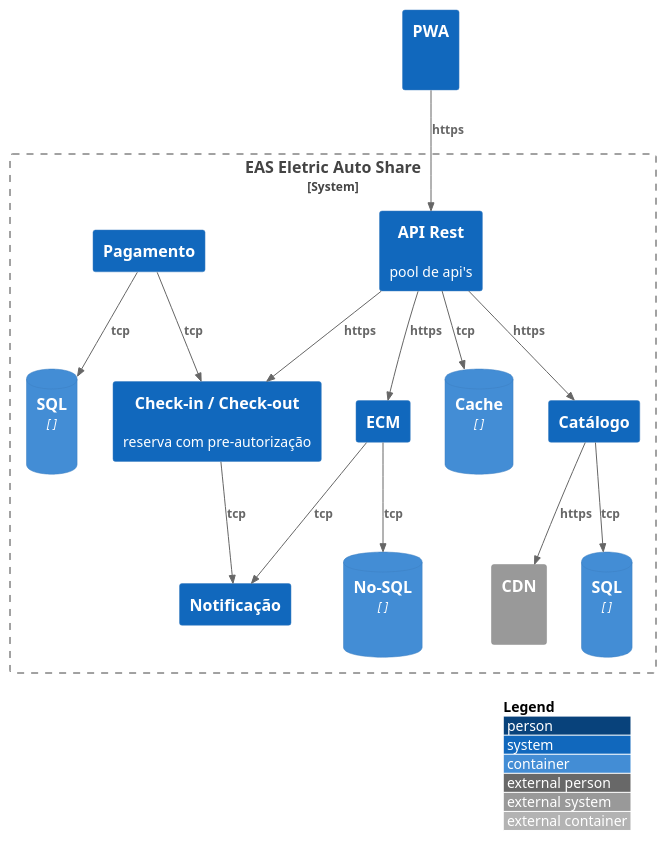
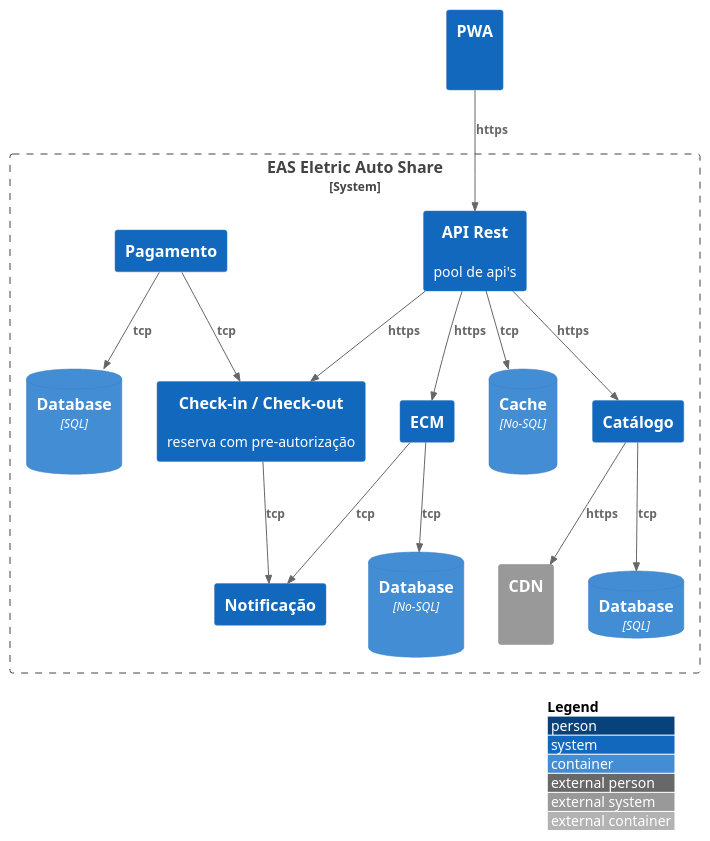
One commit to felipementel/c4-model-builder changed the diagram in src/C2 Container/deployment.puml. Above: the diagram before and after it, drawn with PlantUML. The commit also changed 13 other files, not shown here.

```diff
--- a/src/C2 Container/deployment.puml
+++ b/src/C2 Container/deployment.puml
@@ -1,36 +1,35 @@
 @startuml
 !include https://raw.githubusercontent.com/adrianvlupu/C4-PlantUML/latest/C4_Deployment.puml
 
 LAYOUT_WITH_LEGEND()
 
 System(pwa, "PWA", " ")
-'System(site, "Site", " ")
 
 System_Boundary(eeas, "EAS Eletric Auto Share") {
     System(api, "API Rest", "pool de api's")
-    ContainerDb(apiCache, "Cache", " ", " ")
+    ContainerDb(apiCache, "Cache", "No-SQL", " ")
     System(catalogoApi, "Catálogo", "")
     System(notificacaoApi, "Notificação", "")
     System(CheckInCheckouApi, "Check-in / Check-out", "reserva com pre-autorização")
     System(ECMApi, "ECM", "")
-    ContainerDb(ECMData, "No-SQL", " ", " ")
-    ContainerDb(catalogoSQL, "SQL", " ", " ")
+    ContainerDb(ECMData, "Database", "No-SQL", " ")
+    ContainerDb(catalogoSQL, "Database", "SQL", "")
     System_Ext(CDNBlobImages, "CDN", " ")
     System(pagamentoApi, "Pagamento", "")
-    ContainerDb(pagamentoSQL, "SQL", " ", " ")
+    ContainerDb(pagamentoSQL, "Database", "SQL", " ")
 }
 
 Rel(pwa, api, "https")
 Rel(api, apiCache, "tcp")
 Rel(api, ECMApi, "https")
 Rel(api, catalogoApi, "https")
 Rel(catalogoApi, catalogoSQL, "tcp")
 Rel(catalogoApi, CDNBlobImages, "https")
 Rel(pagamentoApi, pagamentoSQL, "tcp")
 Rel(pagamentoApi, CheckInCheckouApi, "tcp")
 Rel(api, CheckInCheckouApi, "https")
 Rel(ECMApi, ECMData, "tcp")
 Rel(CheckInCheckouApi, notificacaoApi, "tcp")
 Rel(ECMApi, notificacaoApi, "tcp")
 
 @enduml
```
